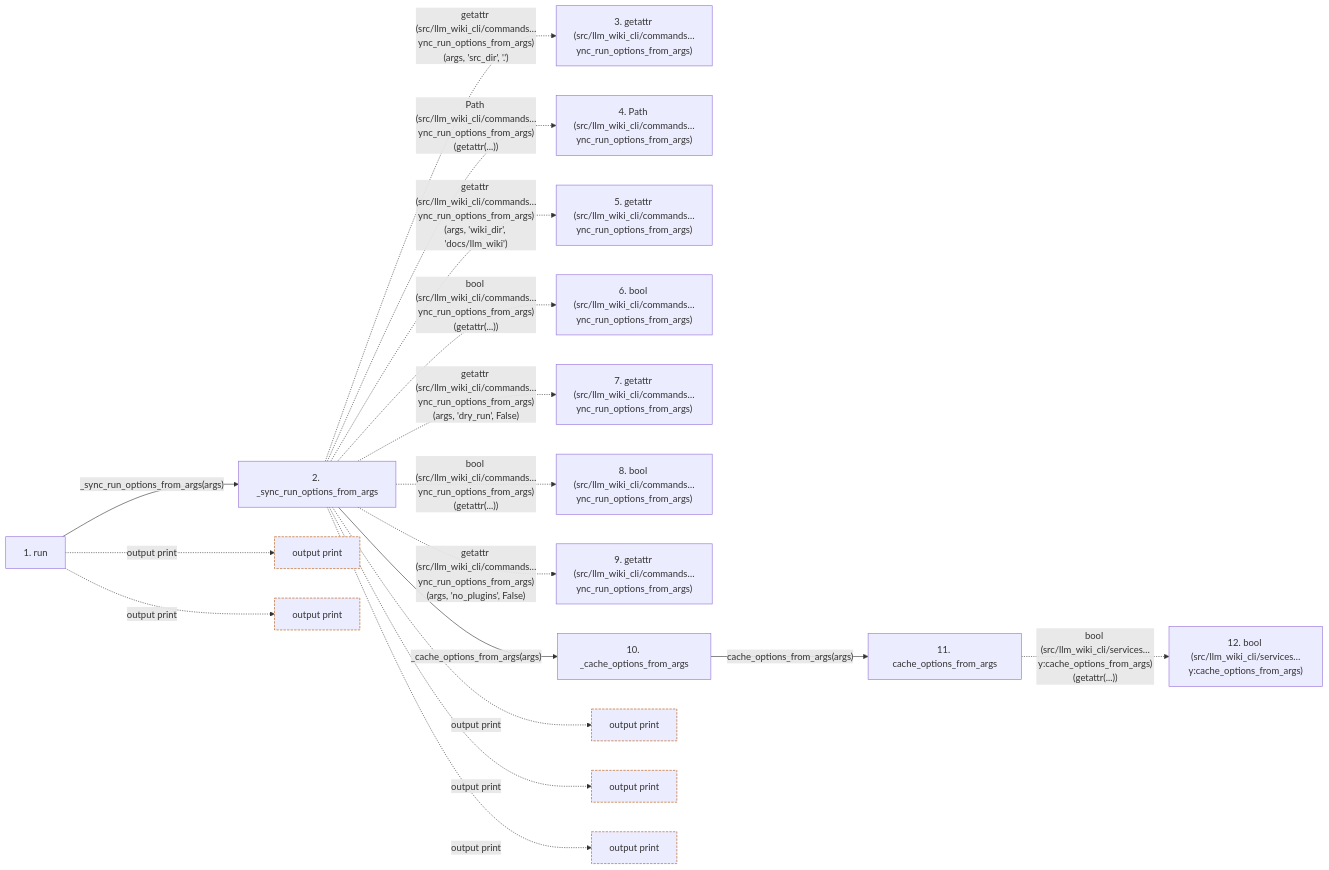
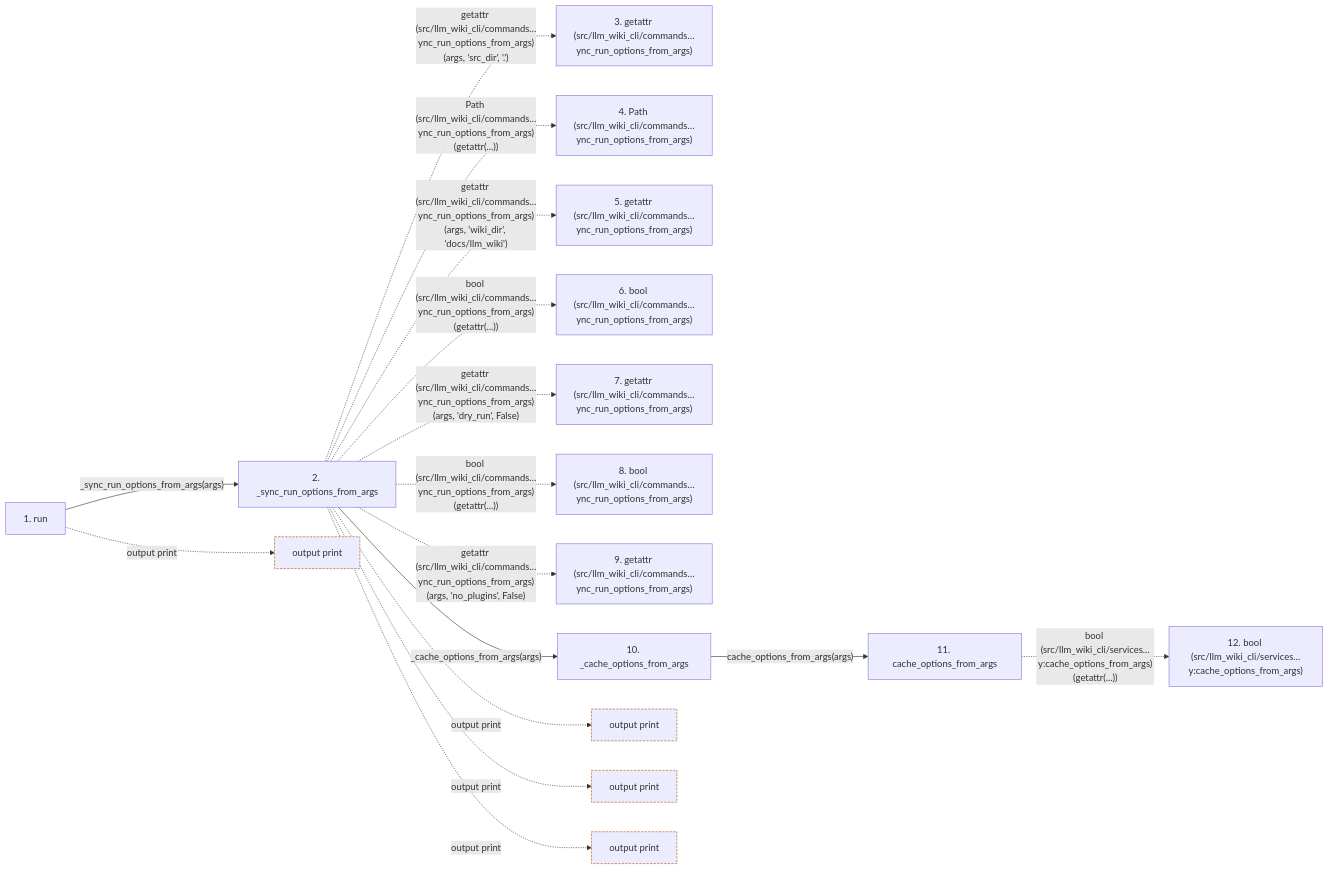
Before and after one commit to Denissvgn/python-wiki-llm: the second of 2 diagrams in docs/llm_wiki/flows/cli-sync.md, drawn with Mermaid. The commit also changed other lines of this file and 1410 other files, not shown here.

````diff
--- a/docs/llm_wiki/flows/cli-sync.md
+++ b/docs/llm_wiki/flows/cli-sync.md
@@ -130,46 +154,43 @@
 ```mermaid
 flowchart LR
     s1["1. run"]
     s2["2. _sync_run_options_from_args"]
     s3["3. getattr (src/llm_wiki_cli/commands…ync_run_options_from_args)"]
     s4["4. Path (src/llm_wiki_cli/commands…ync_run_options_from_args)"]
     s5["5. getattr (src/llm_wiki_cli/commands…ync_run_options_from_args)"]
     s6["6. bool (src/llm_wiki_cli/commands…ync_run_options_from_args)"]
     s7["7. getattr (src/llm_wiki_cli/commands…ync_run_options_from_args)"]
     s8["8. bool (src/llm_wiki_cli/commands…ync_run_options_from_args)"]
     s9["9. getattr (src/llm_wiki_cli/commands…ync_run_options_from_args)"]
     s10["10. _cache_options_from_args"]
     s11["11. cache_options_from_args"]
     s12["12. bool (src/llm_wiki_cli/services…y:cache_options_from_args)"]
     s1 -->|"_sync_run_options_from_args(args)"| s2
     s2 -. "getattr (src/llm_wiki_cli/commands…ync_run_options_from_args)(args, 'src_dir', '.')" .-> s3
     s2 -. "Path (src/llm_wiki_cli/commands…ync_run_options_from_args)(getattr(...))" .-> s4
     s2 -. "getattr (src/llm_wiki_cli/commands…ync_run_options_from_args)(args, 'wiki_dir', 'docs/llm_wiki')" .-> s5
     s2 -. "bool (src/llm_wiki_cli/commands…ync_run_options_from_args)(getattr(...))" .-> s6
     s2 -. "getattr (src/llm_wiki_cli/commands…ync_run_options_from_args)(args, 'dry_run', False)" .-> s7
     s2 -. "bool (src/llm_wiki_cli/commands…ync_run_options_from_args)(getattr(...))" .-> s8
     s2 -. "getattr (src/llm_wiki_cli/commands…ync_run_options_from_args)(args, 'no_plugins', False)" .-> s9
     s2 -->|"_cache_options_from_args(args)"| s10
     s10 -->|"cache_options_from_args(args)"| s11
     s11 -. "bool (src/llm_wiki_cli/services…y:cache_options_from_args)(getattr(...))" .-> s12
     b0["output print"]
     s1 -. "output print" .-> b0
     b1["output print"]
-    s1 -. "output print" .-> b1
+    s2 -. "output print" .-> b1
     b2["output print"]
     s2 -. "output print" .-> b2
     b3["output print"]
     s2 -. "output print" .-> b3
-    b4["output print"]
-    s2 -. "output print" .-> b4
     click s1 "../modules/sync_cmd.md"
     click s2 "../modules/sync_cmd.md"
     click s10 "../modules/sync_cmd.md"
     click s11 "../modules/inventory_cache.md"
     classDef boundary stroke:#b45309,stroke-dasharray: 4 2
     class b0 boundary
     class b1 boundary
     class b2 boundary
     class b3 boundary
-    class b4 boundary
 ```
````
